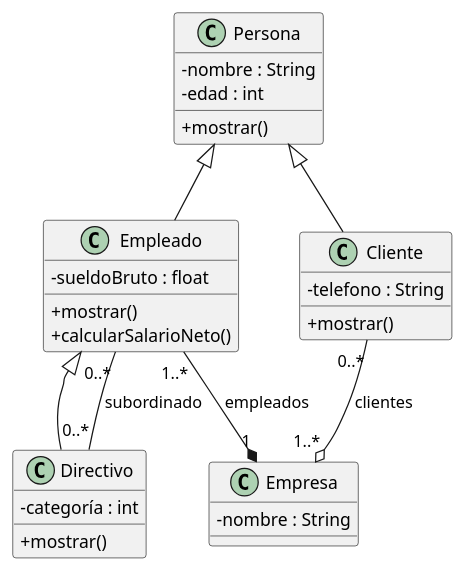
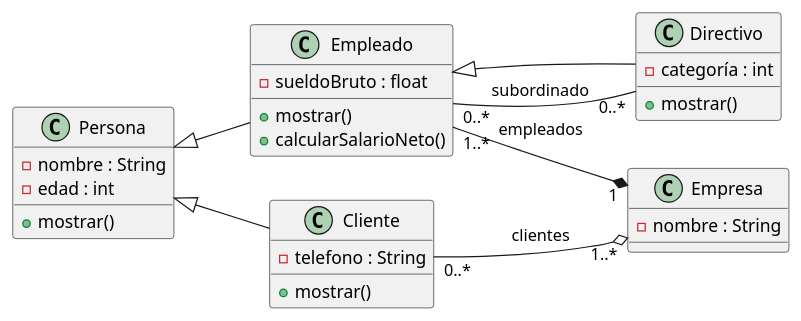
One commit to SandraLucioni/EntornosDeDesarrollo changed the fourth of 11 diagrams in homeworkOne/README.md. Above: the diagram before and after it, drawn with PlantUML. The commit also changed other lines of this file and 1 other file, not shown here.

````diff
--- a/homeworkOne/README.md
+++ b/homeworkOne/README.md
@@ -241,42 +242,43 @@
 ```plantuml
-@startuml tienda
-'https://plantuml.com/class-diagram
+@startuml taller
+'https://plantuml.com/es/use-case-diagram
 
-skinparam classAttributeIconSize 0
+left to right direction
+skinparam packageStyle rectangle
 
 Persona <|-- Empleado
 Persona <|-- Cliente
 
 Empleado <|-- Directivo
 Empleado "0..*" -- "0..*" Directivo : subordinado
 
 Empleado "1..*" --* "1" Empresa : empleados
 Cliente "0..*" --o "1..*" Empresa : clientes
 
 class Persona {
     - nombre : String
     - edad : int
     + mostrar()
 }
 
 class Empleado {
     - sueldoBruto : float
     + mostrar()
     + calcularSalarioNeto()
 }
 
 class Cliente {
     - telefono : String
     + mostrar()
 }
 
 class Directivo {
     - categoría : int
     + mostrar()
 }
 
 class Empresa {
     - nombre : String
 }
 @enduml
 ```
````
